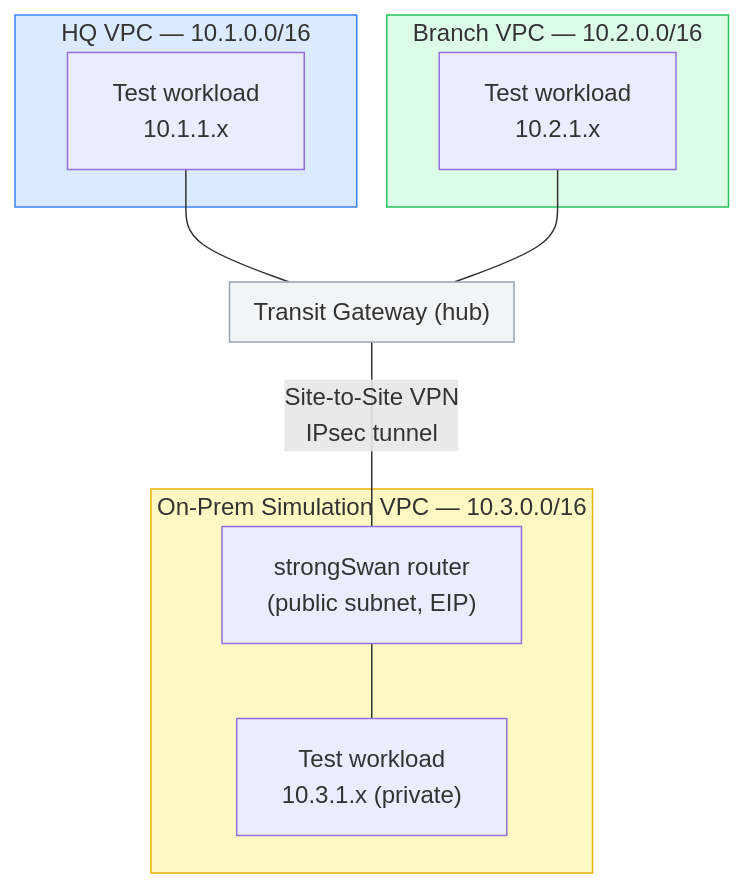
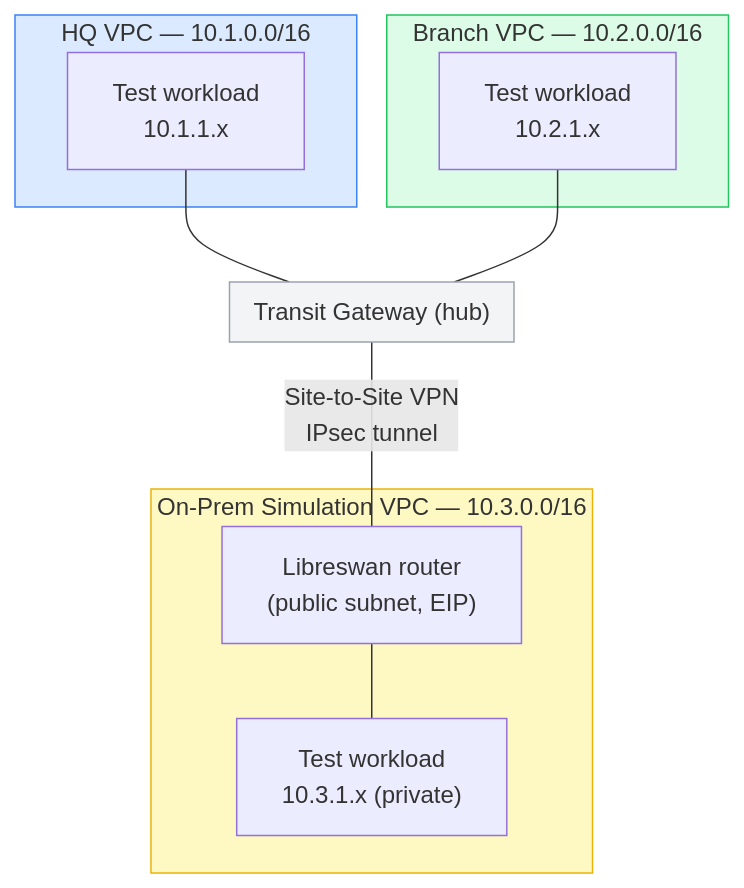
The diagram in README.md (gkoufie1/aws-hybrid-network-architecture), drawn with Mermaid before and after one commit. The commit also changed other lines of this file and 9 other files, not shown here.

````diff
--- a/README.md
+++ b/README.md
@@ -19,28 +52,28 @@
 ```mermaid
 flowchart TB
     subgraph HQ["HQ VPC — 10.1.0.0/16"]
         HQInstance["Test workload\n10.1.1.x"]
     end
 
     subgraph Branch["Branch VPC — 10.2.0.0/16"]
         BranchInstance["Test workload\n10.2.1.x"]
     end
 
     subgraph TGW["Transit Gateway (hub)"]
     end
 
     subgraph OnPrem["On-Prem Simulation VPC — 10.3.0.0/16"]
-        Router["strongSwan router\n(public subnet, EIP)"]
+        Router["Libreswan router\n(public subnet, EIP)"]
         OnPremInstance["Test workload\n10.3.1.x (private)"]
     end
 
     HQInstance --- TGW
     BranchInstance --- TGW
     TGW ---|"Site-to-Site VPN\nIPsec tunnel"| Router
     Router --- OnPremInstance
 
     style TGW fill:#f3f4f6,stroke:#9ca3af
     style OnPrem fill:#fef9c3,stroke:#eab308
     style HQ fill:#dbeafe,stroke:#3b82f6
     style Branch fill:#dcfce7,stroke:#22c55e
 ```
````
